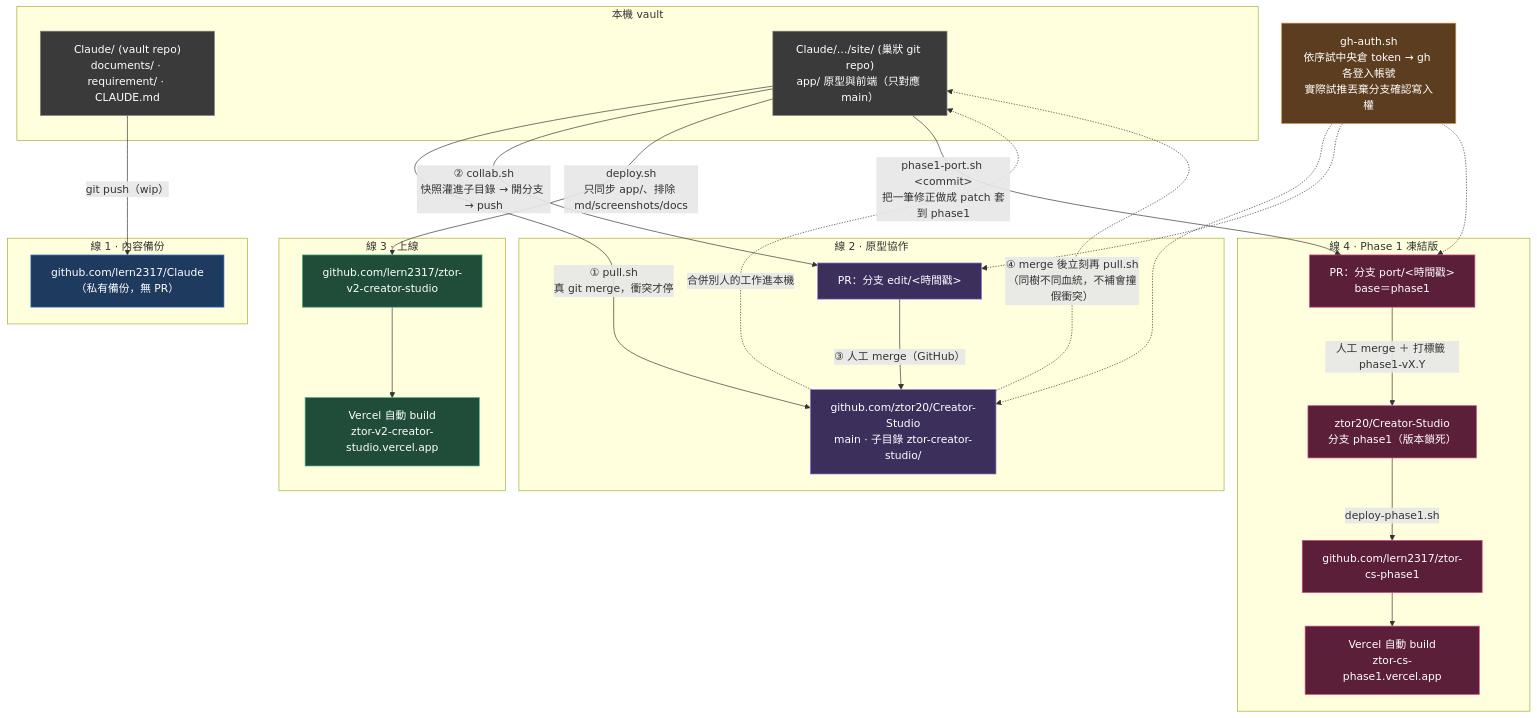
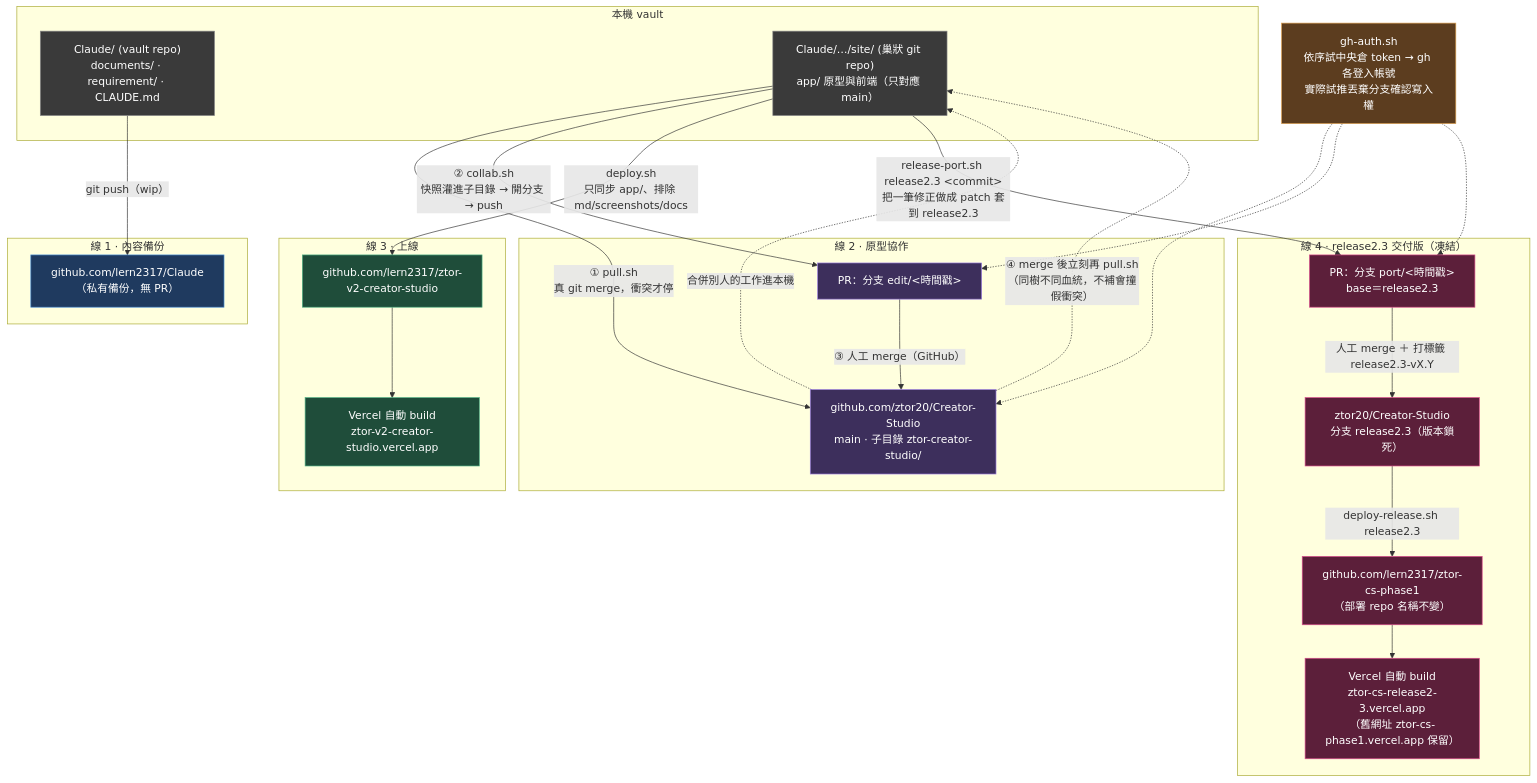
The diagram in ztor-creator-studio/WORKFLOW-DIAGRAM.md (ztor20/Creator-Studio), drawn with Mermaid before and after one commit. The commit also changed other lines of this file and 9 other files, not shown here.

Commit message:
交付版改用 release 編號：phase1→release2.3、下一版預覽→release2.4；變更紀錄加交付版標籤

````diff
--- a/ztor-creator-studio/WORKFLOW-DIAGRAM.md
+++ b/ztor-creator-studio/WORKFLOW-DIAGRAM.md
@@ -7,60 +7,60 @@
 ```mermaid
 flowchart TB
     subgraph LOCAL["本機 vault"]
         VAULT["Claude/ (vault repo)<br/>documents/ · requirement/ · CLAUDE.md"]
         SITE["Claude/…/site/ (巢狀 git repo)<br/>app/ 原型與前端（只對應 main）"]
     end
 
     AUTH["gh-auth.sh<br/>依序試中央倉 token → gh 各登入帳號<br/>實際試推丟棄分支確認寫入權"]
 
     subgraph L1["線 1 · 內容備份"]
         GH1["github.com/lern2317/Claude<br/>（私有備份，無 PR）"]
     end
 
     subgraph L2["線 2 · 原型協作"]
         MONO["github.com/ztor20/Creator-Studio<br/>main · 子目錄 ztor-creator-studio/"]
         PR["PR：分支 edit/&lt;時間戳&gt;"]
     end
 
-    subgraph L4["線 4 · Phase 1 凍結版"]
-        P1["ztor20/Creator-Studio<br/>分支 phase1（版本鎖死）"]
-        PPR["PR：分支 port/&lt;時間戳&gt;<br/>base＝phase1"]
-        P1REPO["github.com/lern2317/ztor-cs-phase1"]
-        P1VERCEL["Vercel 自動 build<br/>ztor-cs-phase1.vercel.app"]
+    subgraph L4["線 4 · release2.3 交付版（凍結）"]
+        RLS["ztor20/Creator-Studio<br/>分支 release2.3（版本鎖死）"]
+        PPR["PR：分支 port/&lt;時間戳&gt;<br/>base＝release2.3"]
+        RLSREPO["github.com/lern2317/ztor-cs-phase1<br/>（部署 repo 名稱不變）"]
+        RLSVERCEL["Vercel 自動 build<br/>ztor-cs-release2-3.vercel.app<br/>（舊網址 ztor-cs-phase1.vercel.app 保留）"]
     end
 
     subgraph L3["線 3 · 上線"]
         DREPO["github.com/lern2317/ztor-v2-creator-studio"]
         VERCEL["Vercel 自動 build<br/>ztor-v2-creator-studio.vercel.app"]
     end
 
     VAULT -->|"git push（wip）"| GH1
     SITE -->|"① pull.sh<br/>真 git merge，衝突才停"| MONO
     MONO -.->|"合併別人的工作進本機"| SITE
     SITE -->|"② collab.sh<br/>快照灌進子目錄 → 開分支 → push"| PR
     PR -->|"③ 人工 merge（GitHub）"| MONO
     MONO -.->|"④ merge 後立刻再 pull.sh<br/>（同樹不同血統，不補會撞假衝突）"| SITE
     SITE -->|"deploy.sh<br/>只同步 app/、排除 md/screenshots/docs"| DREPO
     DREPO --> VERCEL
-    SITE -->|"phase1-port.sh &lt;commit&gt;<br/>把一筆修正做成 patch 套到 phase1"| PPR
-    PPR -->|"人工 merge ＋ 打標籤 phase1-vX.Y"| P1
-    P1 -->|"deploy-phase1.sh"| P1REPO
-    P1REPO --> P1VERCEL
+    SITE -->|"release-port.sh release2.3 &lt;commit&gt;<br/>把一筆修正做成 patch 套到 release2.3"| PPR
+    PPR -->|"人工 merge ＋ 打標籤 release2.3-vX.Y"| RLS
+    RLS -->|"deploy-release.sh release2.3"| RLSREPO
+    RLSREPO --> RLSVERCEL
 
     AUTH -.-> MONO
     AUTH -.-> PR
     AUTH -.-> PPR
 
     classDef line1 fill:#1f3a5f,stroke:#4a90d9,color:#fff
     classDef line2 fill:#3d2f5c,stroke:#9b7ede,color:#fff
     classDef line3 fill:#1f4d3a,stroke:#4caf82,color:#fff
     classDef local fill:#3a3a3a,stroke:#888,color:#fff
     classDef auth fill:#5c3d1f,stroke:#d99a4a,color:#fff
     classDef line4 fill:#5c1f3a,stroke:#d94a8a,color:#fff
     class GH1 line1
     class MONO,PR line2
     class DREPO,VERCEL line3
     class VAULT,SITE local
     class AUTH auth
-    class P1,PPR,P1REPO,P1VERCEL line4
+    class RLS,PPR,RLSREPO,RLSVERCEL line4
 ```
````
